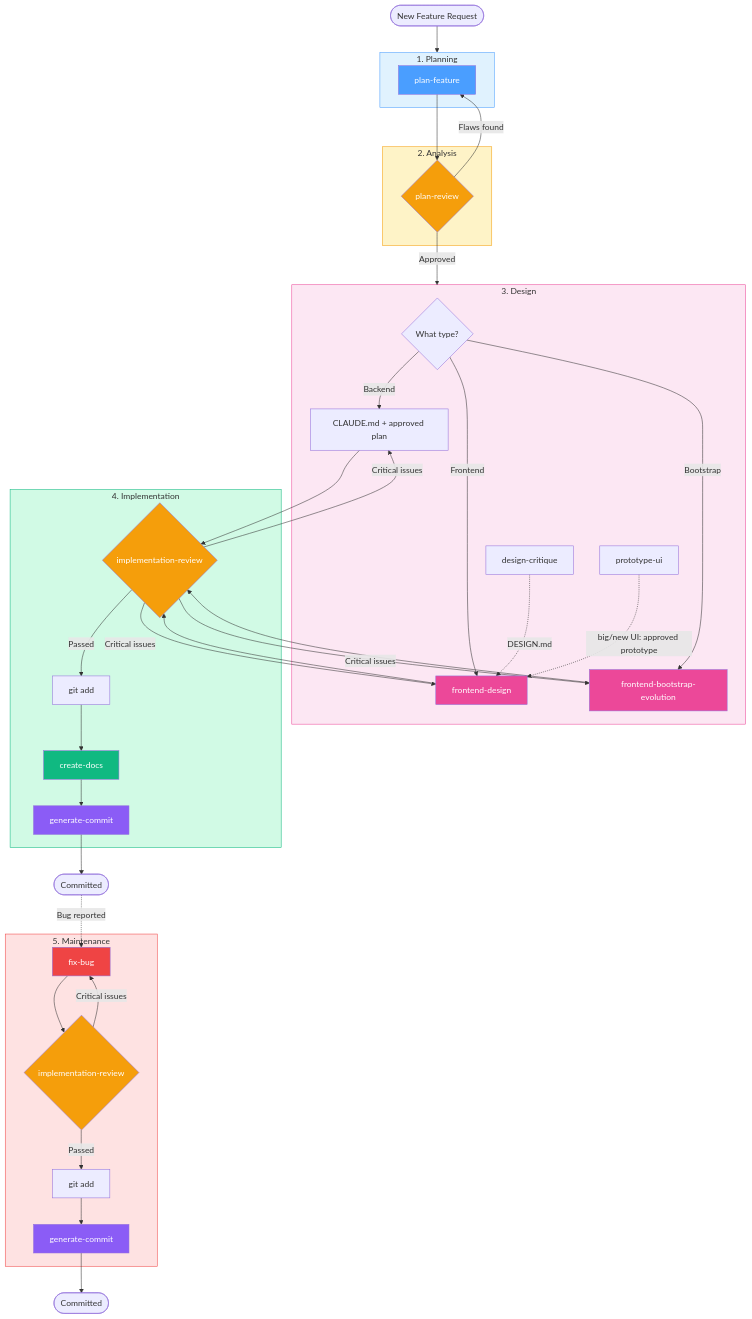
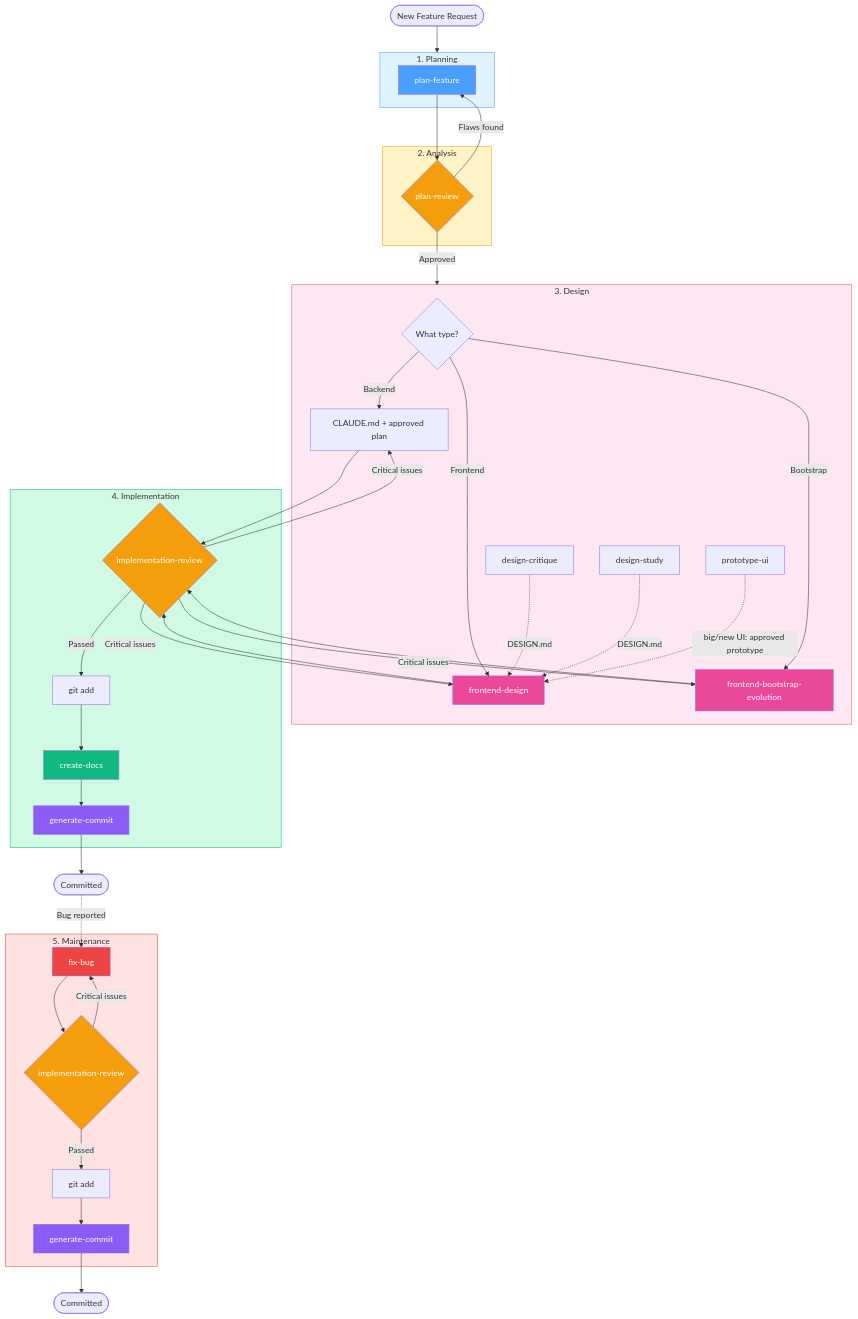
The diagram in README.md (AmirinNS/coding-agent-skills), drawn with Mermaid before and after one commit. The commit also changed other lines of this file and 14 other files, not shown here.

First line of the commit message:
feat(skills): add design-study skill and sync design-critique

````diff
--- a/README.md
+++ b/README.md
@@ -85,73 +89,74 @@
 ```mermaid
 flowchart TD
     Start([New Feature Request]) --> P
 
     subgraph P[1. Planning]
         PF[plan-feature]
     end
 
     subgraph A[2. Analysis]
         PR{plan-review}
     end
 
     PF --> PR
     PR -->|Flaws found| PF
     PR -->|Approved| D
 
     subgraph D[3. Design]
         Impl{What type?}
         Impl -->|Backend| Code[CLAUDE.md + approved plan]
         Impl -->|Frontend| FD[frontend-design]
         DC[design-critique] -.->|DESIGN.md| FD
+        DS[design-study] -.->|DESIGN.md| FD
         PU[prototype-ui] -.->|big/new UI: approved prototype| FD
         Impl -->|Bootstrap| FBE[frontend-bootstrap-evolution]
     end
 
     subgraph I[4. Implementation]
         IR{implementation-review}
         Stage[git add]
         CD[create-docs]
         GC[generate-commit]
         IR -->|Passed| Stage
         Stage --> CD
         CD --> GC
     end
 
     Code --> IR
     FD --> IR
     FBE --> IR
     IR -->|Critical issues| Code
     IR -->|Critical issues| FD
     IR -->|Critical issues| FBE
     GC --> Done([Committed])
 
     subgraph M[5. Maintenance]
         FB[fix-bug]
         IR2{implementation-review}
         Stage2[git add]
         GC2[generate-commit]
         FB --> IR2
         IR2 -->|Critical issues| FB
         IR2 -->|Passed| Stage2
         Stage2 --> GC2
     end
 
     Done -.->|Bug reported| FB
     GC2 --> Fixed([Committed])
 
     style PF fill:#4a9eff,color:#fff
     style PR fill:#f59e0b,color:#fff
     style FD fill:#ec4899,color:#fff
     style FBE fill:#ec4899,color:#fff
     style IR fill:#f59e0b,color:#fff
     style CD fill:#10b981,color:#fff
     style GC fill:#8b5cf6,color:#fff
     style FB fill:#ef4444,color:#fff
     style IR2 fill:#f59e0b,color:#fff
     style GC2 fill:#8b5cf6,color:#fff
     style P fill:#e0f2fe,stroke:#4a9eff
     style A fill:#fef3c7,stroke:#f59e0b
     style D fill:#fce7f3,stroke:#ec4899
     style I fill:#d1fae5,stroke:#10b981
     style M fill:#fee2e2,stroke:#ef4444
 ```
````
